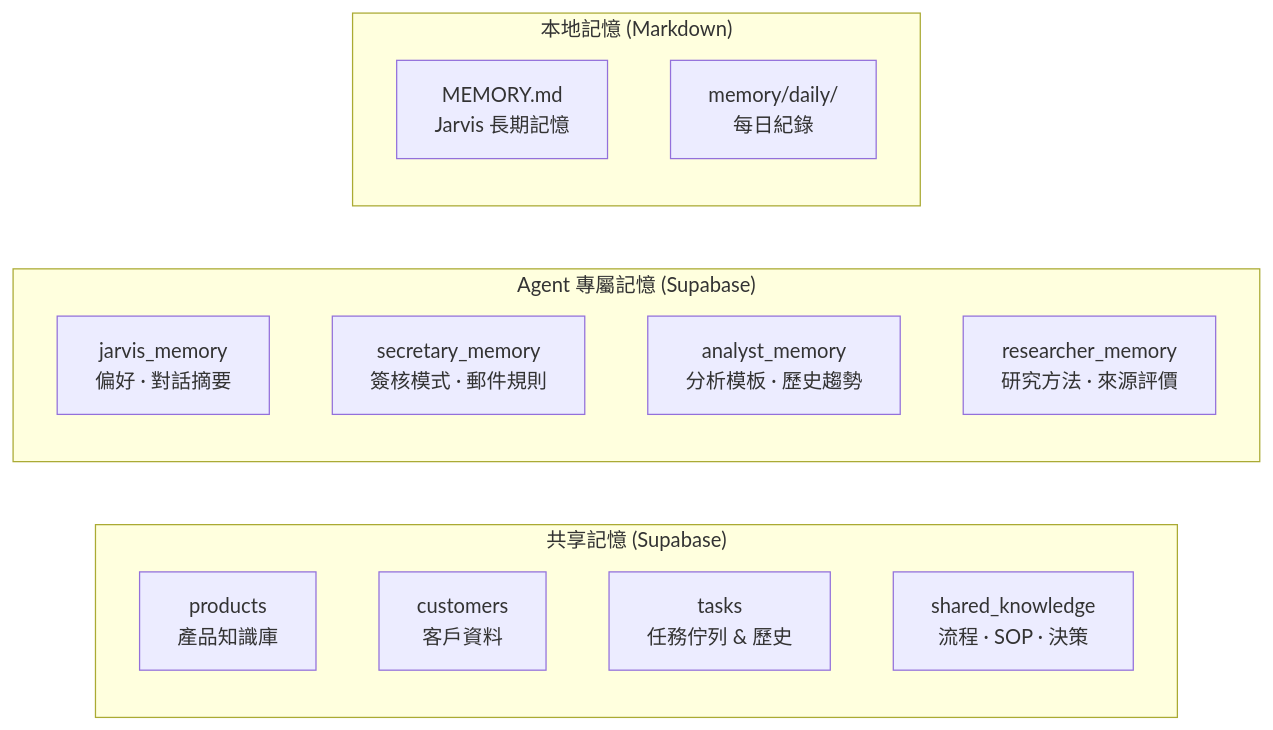
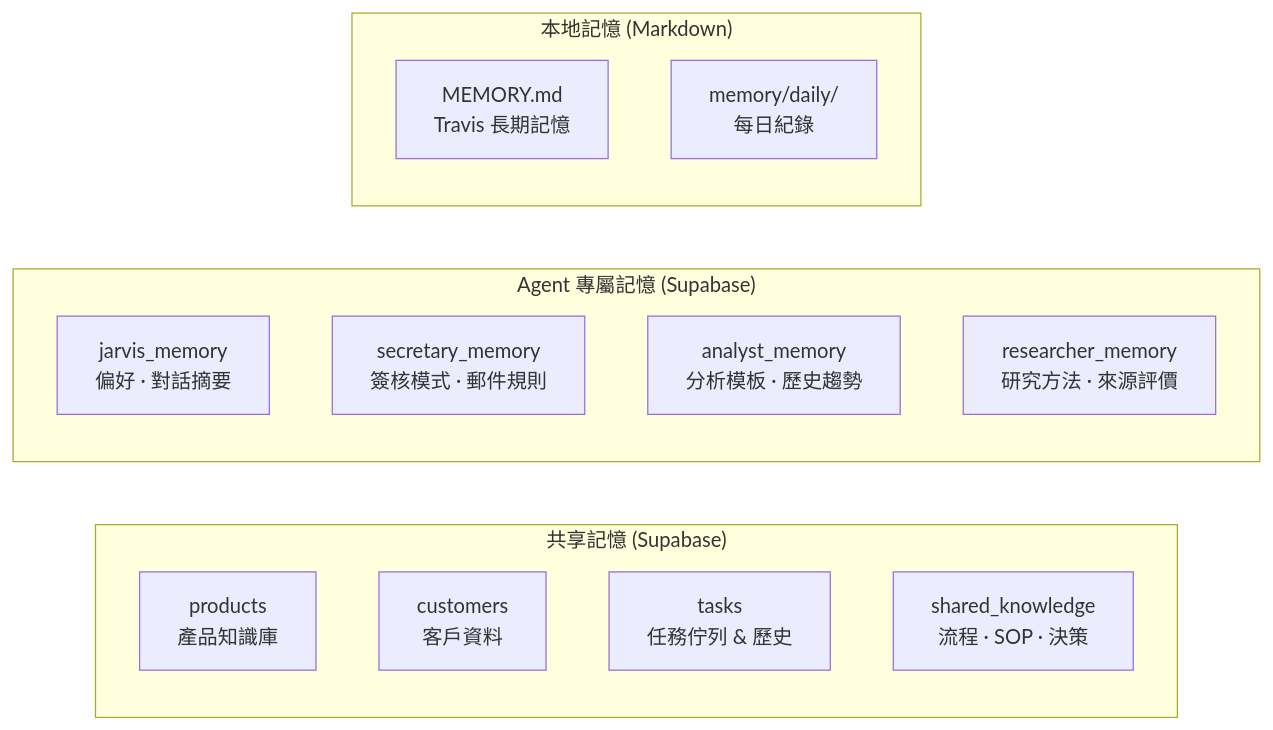
One commit to shimotmr/travis-daily changed the sixth of 6 diagrams in content/reports/multi-agent-architecture.md. Above: the diagram before and after it, drawn with Mermaid. The commit also changed other lines of this file and 18 other files, not shown here.

Commit message:
fix: Jarvis → Travis brand rename (src + content)

````diff
--- a/content/reports/multi-agent-architecture.md
+++ b/content/reports/multi-agent-architecture.md
@@ -314,21 +314,21 @@
 ```mermaid
 graph LR
     subgraph "共享記憶 (Supabase)"
         Products["products<br/>產品知識庫"]
         Customers["customers<br/>客戶資料"]
         Tasks["tasks<br/>任務佇列 & 歷史"]
         Knowledge["shared_knowledge<br/>流程 · SOP · 決策"]
     end
     
     subgraph "Agent 專屬記憶 (Supabase)"
-        JarvisMem["jarvis_memory<br/>偏好 · 對話摘要"]
+        TravisMem["jarvis_memory<br/>偏好 · 對話摘要"]
         SecMem["secretary_memory<br/>簽核模式 · 郵件規則"]
         AnalystMem["analyst_memory<br/>分析模板 · 歷史趨勢"]
         ResearchMem["researcher_memory<br/>研究方法 · 來源評價"]
     end
     
     subgraph "本地記憶 (Markdown)"
-        Memory["MEMORY.md<br/>Jarvis 長期記憶"]
+        Memory["MEMORY.md<br/>Travis 長期記憶"]
         Daily["memory/daily/<br/>每日紀錄"]
     end
 ```
````
